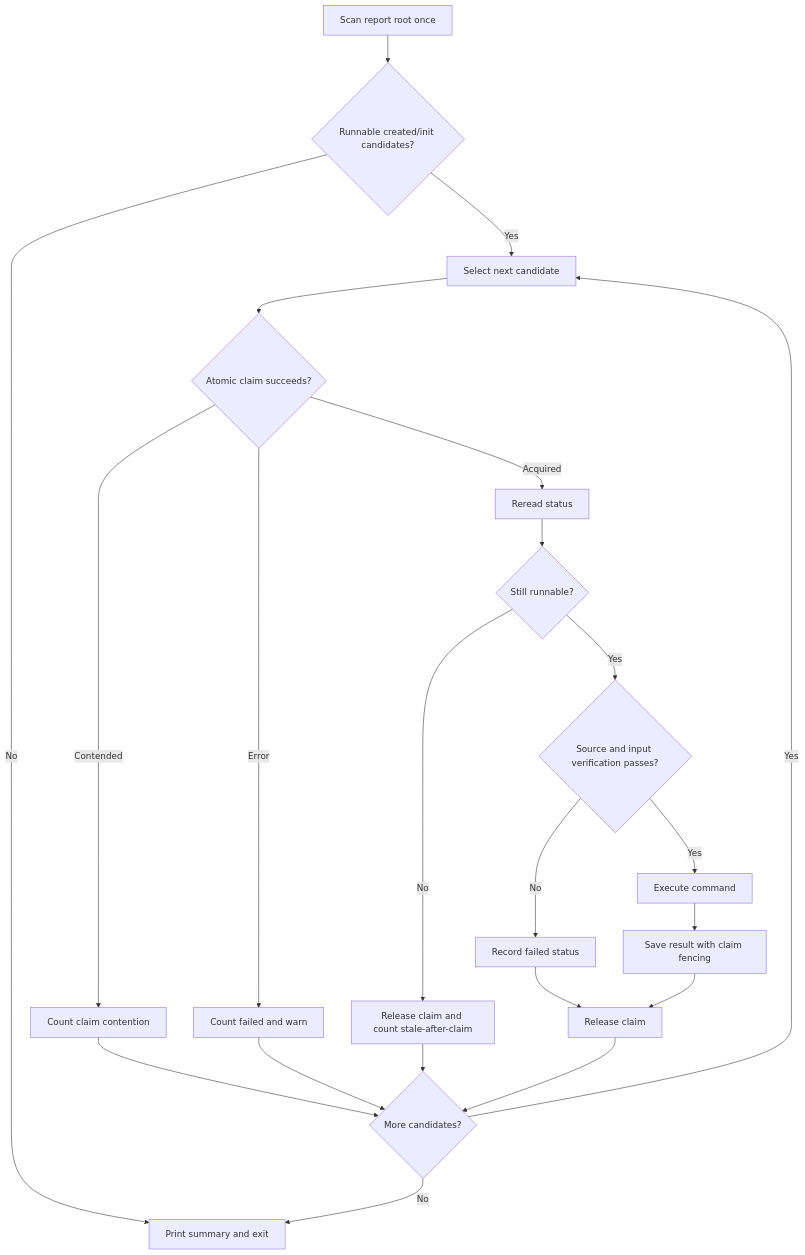
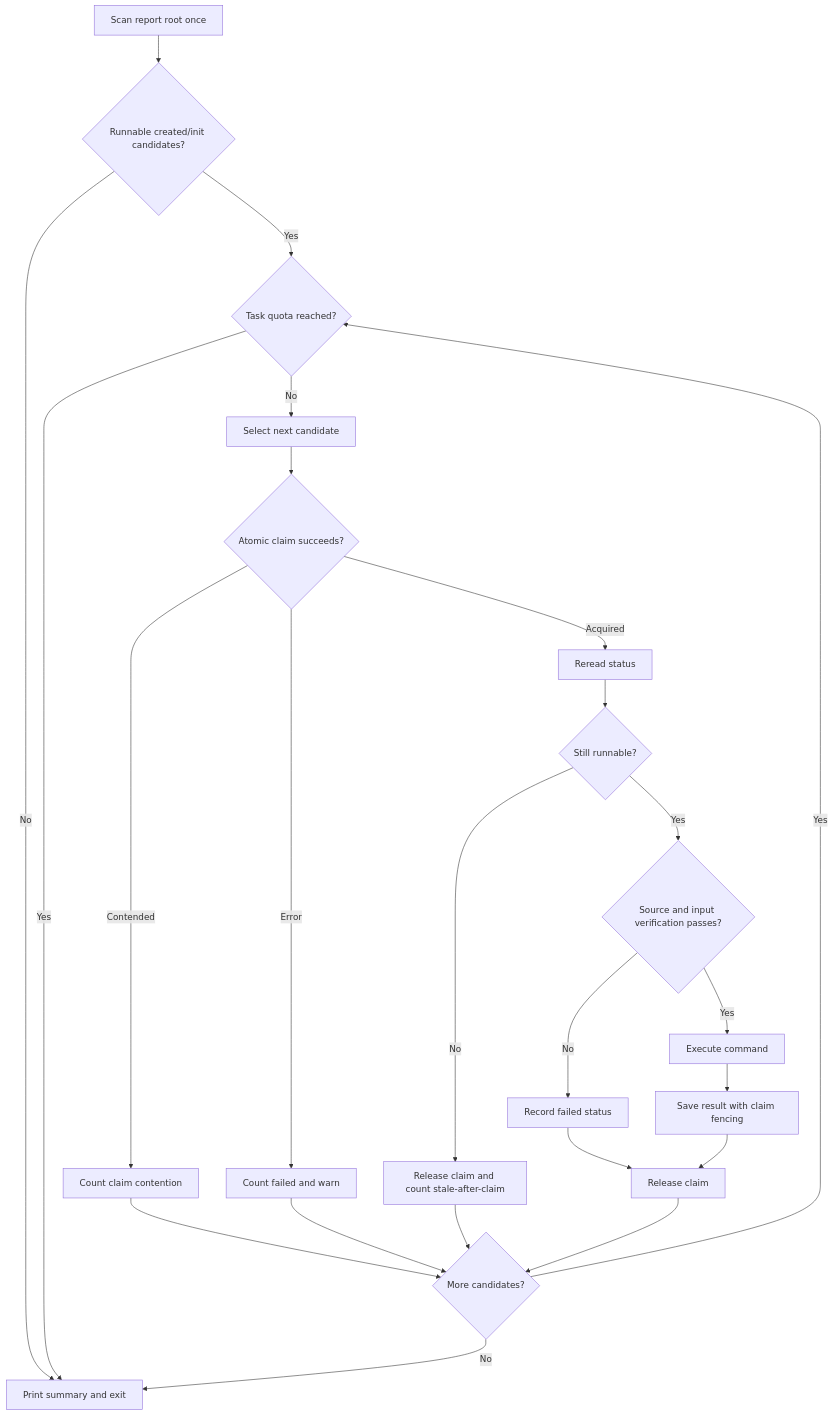
The diagram in docs/architecture/worker-lifecycle-and-claims.md (CNOCycle/runforge), drawn with Mermaid before and after one commit. The commit also changed other lines of this file and 4 other files, not shown here.

````diff
--- a/docs/architecture/worker-lifecycle-and-claims.md
+++ b/docs/architecture/worker-lifecycle-and-claims.md
@@ -26,19 +26,21 @@
 ```mermaid
 flowchart TD
     Scan[Scan report root once] --> Candidates{Runnable created/init candidates?}
     Candidates -- No --> Summary[Print summary and exit]
-    Candidates -- Yes --> Select[Select next candidate]
+    Candidates -- Yes --> Budget{Task quota reached?}
+    Budget -- Yes --> Summary
+    Budget -- No --> Select[Select next candidate]
     Select --> Claim{Atomic claim succeeds?}
     Claim -- Contended --> SkipContention[Count claim contention] --> More{More candidates?}
     Claim -- Error --> FailedClaim[Count failed and warn] --> More
     Claim -- Acquired --> Reread[Reread status]
     Reread --> Runnable{Still runnable?}
     Runnable -- No --> ReleaseStale[Release claim and count stale-after-claim] --> More
     Runnable -- Yes --> Verify{Source and input verification passes?}
     Verify -- No --> RecordFailure[Record failed status] --> Release
     Verify -- Yes --> Execute[Execute command]
     Execute --> Save[Save result with claim fencing]
     Save --> Release[Release claim] --> More
-    More -- Yes --> Select
+    More -- Yes --> Budget
     More -- No --> Summary
 ```
````
